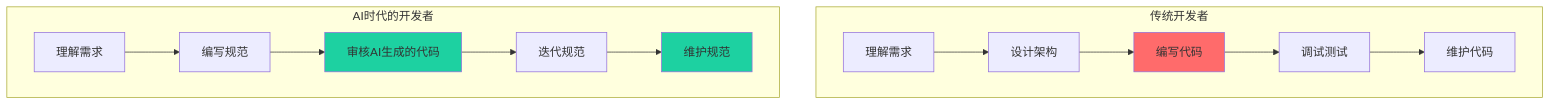
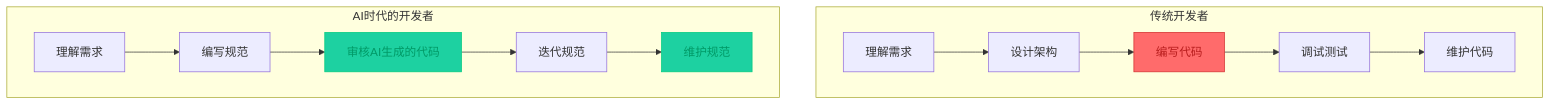
Before and after one commit to FreezeSoul/freezesoul.github.com: the fifth of 10 diagrams in _posts/2025-08-01-ai-coding-paradigms.md, drawn with Mermaid. The commit also changed other lines of this file and 9 other files, not shown here.

Commit message:
修正mermaid配色与要求

````diff
--- a/_posts/2025-08-01-ai-coding-paradigms.md
+++ b/_posts/2025-08-01-ai-coding-paradigms.md
@@ -378,20 +378,20 @@
 ```mermaid
 graph TD
     subgraph 传统开发者
         A1[理解需求] --> A2[设计架构]
         A2 --> A3[编写代码]
         A3 --> A4[调试测试]
         A4 --> A5[维护代码]
     end
 
     subgraph AI时代的开发者
         B1[理解需求] --> B2[编写规范]
         B2 --> B3[审核AI生成的代码]
         B3 --> B4[迭代规范]
         B4 --> B5[维护规范]
     end
 
-    style A3 fill:#ff6b6b
-    style B3 fill:#1dd1a1
-    style B5 fill:#1dd1a1
+    style A3 fill:#ff6b6b,stroke:#d32f2f,color:#b71c1c
+    style B3 fill:#1dd1a1,stroke:#00cc7f,color:#009966
+    style B5 fill:#1dd1a1,stroke:#00cc7f,color:#009966
 ```
````
